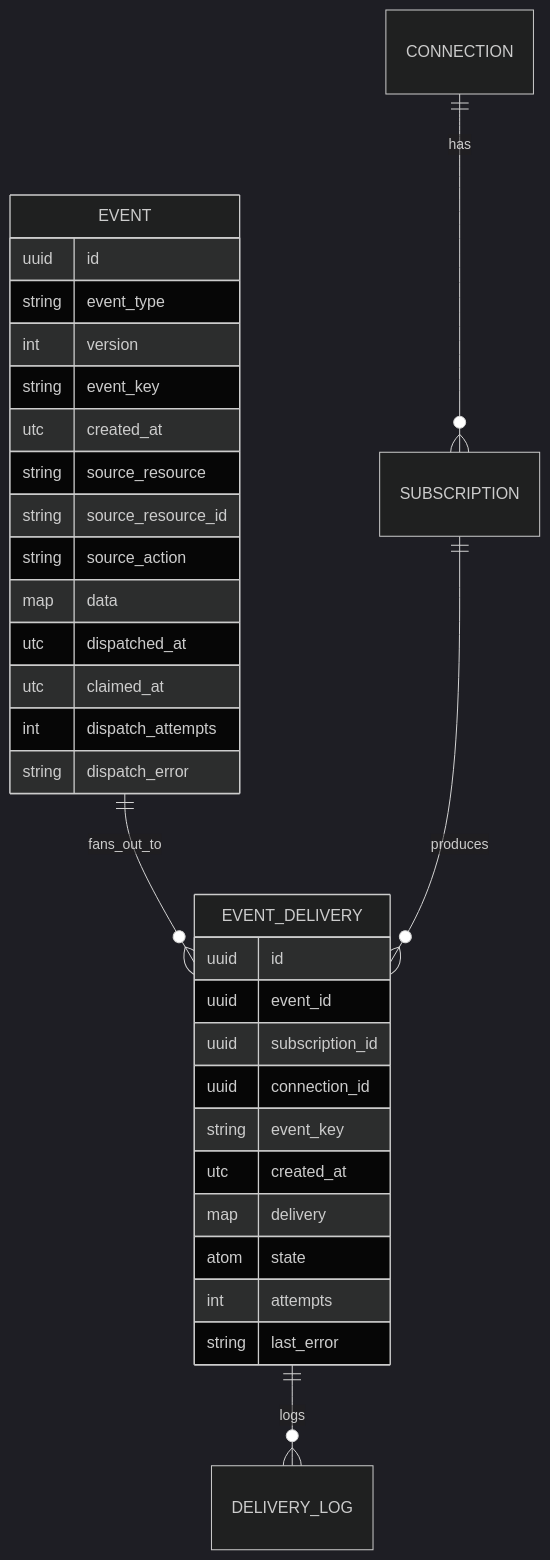
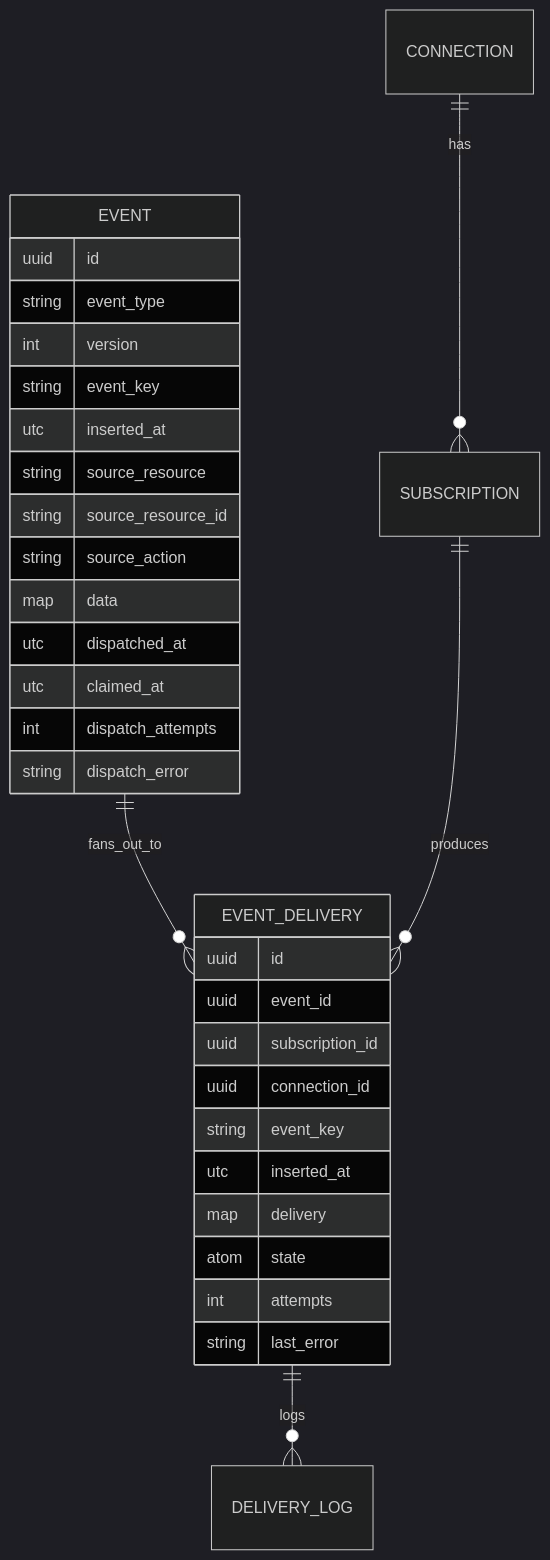
The diagram in design/outbound-architecture.md (emadshaaban92/ash_integration), drawn with Mermaid (dark theme) before and after one commit. The commit also changed other lines of this file and 54 other files, not shown here.

First line of the commit message:
Rename the injected creation timestamp from created_at to inserted_at (#143)

````diff
--- a/design/outbound-architecture.md
+++ b/design/outbound-architecture.md
@@ -587,36 +588,36 @@
 ```mermaid
 %% title: Persistence
 erDiagram
     CONNECTION ||--o{ SUBSCRIPTION : has
     EVENT ||--o{ EVENT_DELIVERY : fans_out_to
     SUBSCRIPTION ||--o{ EVENT_DELIVERY : produces
     EVENT_DELIVERY ||--o{ DELIVERY_LOG : logs
 
     EVENT {
       uuid id
       string event_type
       int version
       string event_key
-      utc created_at
+      utc inserted_at
       string source_resource
       string source_resource_id
       string source_action
       map data
       utc dispatched_at
       utc claimed_at
       int dispatch_attempts
       string dispatch_error
     }
     EVENT_DELIVERY {
       uuid id
       uuid event_id
       uuid subscription_id
       uuid connection_id
       string event_key
-      utc created_at
+      utc inserted_at
       map delivery
       atom state
       int attempts
       string last_error
     }
 ```
````
